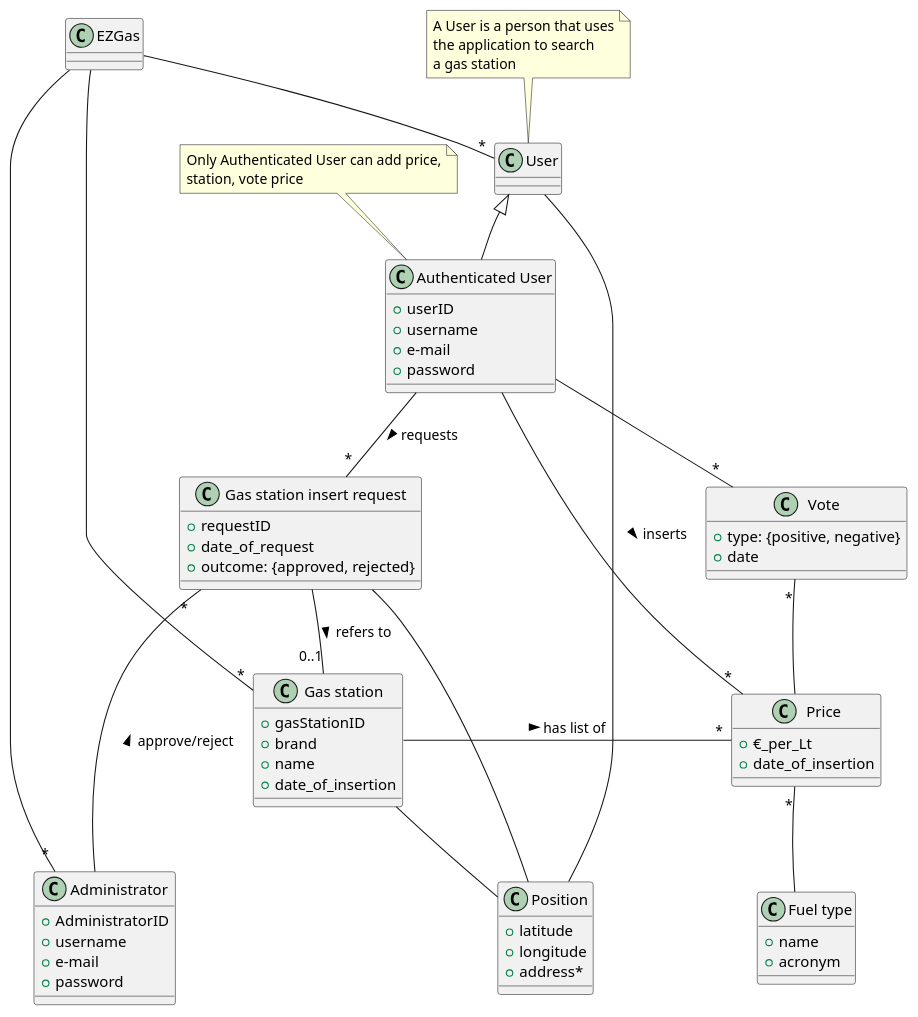
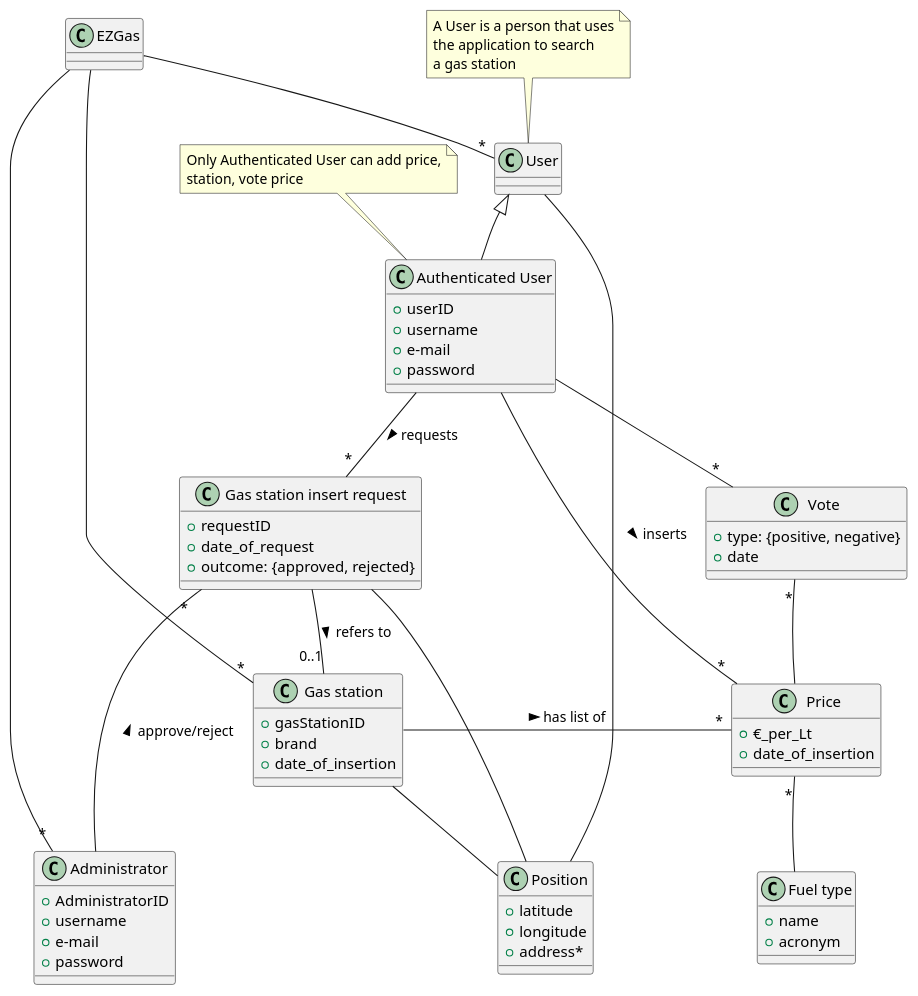
One commit to SE2-group4/SE1-project changed the third of 3 diagrams in docs/RequirementsDocument.md. Above: the diagram before and after it, drawn with PlantUML. The commit also changed other lines of this file, not shown here.

First line of the commit message:
style: diagram enhancements

```diff
--- a/docs/RequirementsDocument.md
+++ b/docs/RequirementsDocument.md
@@ -284,7 +284,6 @@
 class "Gas station"{
   + gasStationID
   + brand
-  + name
   + date_of_insertion
 }
 
```
